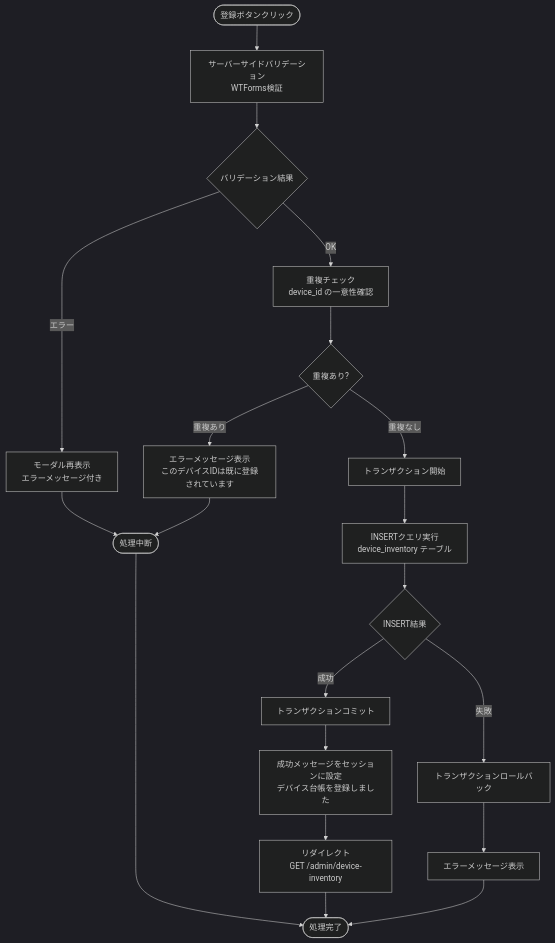
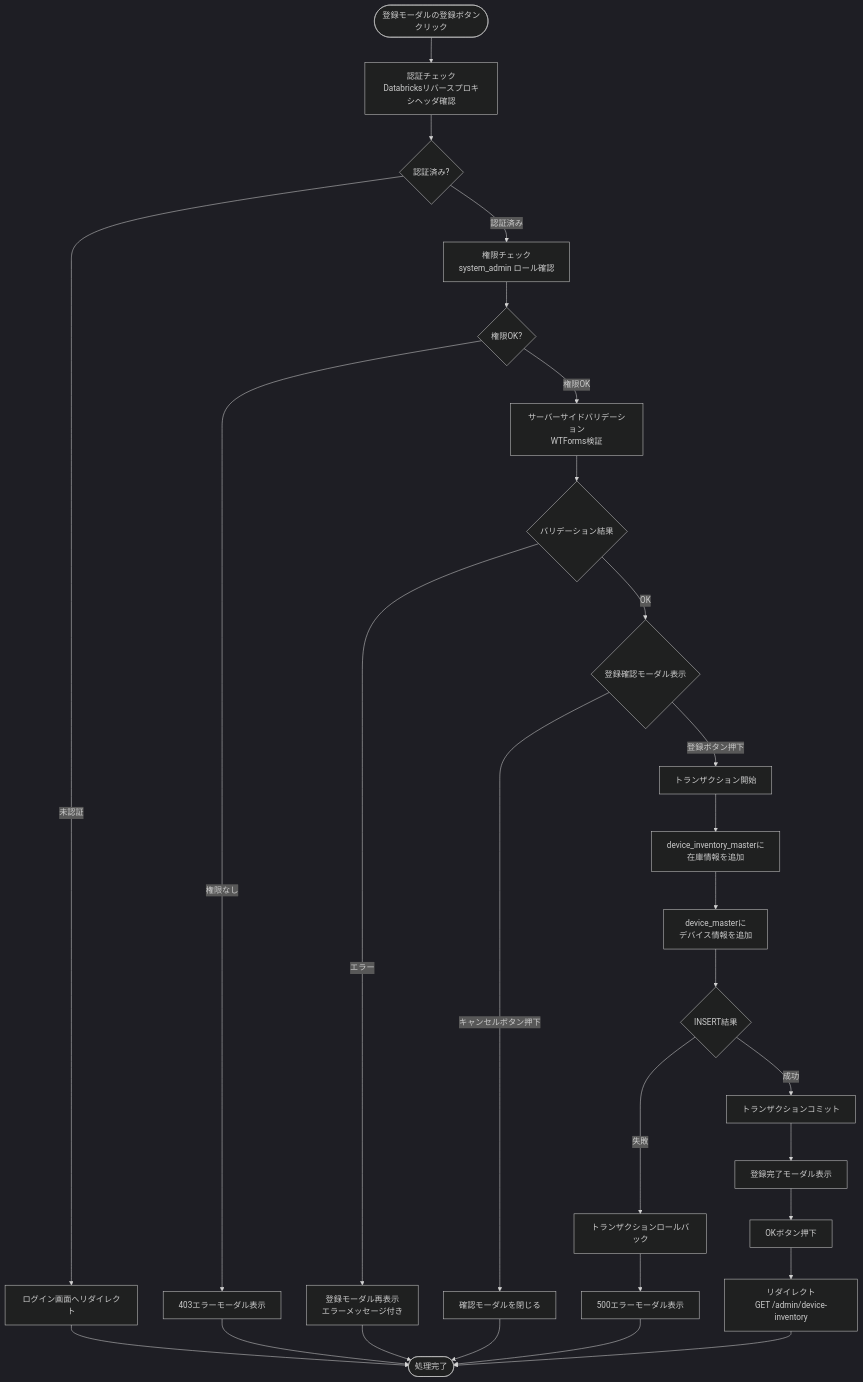
Before and after one commit to NSW-SVCP-AIWG002/Databricks-IoT: the fourth of 9 diagrams in docs/03-features/flask-app/device-inventory/workflow-specification.md, drawn with Mermaid (dark theme). The commit also changed other lines of this file and 89 other files, not shown here.

````diff
--- a/docs/03-features/flask-app/device-inventory/workflow-specification.md
+++ b/docs/03-features/flask-app/device-inventory/workflow-specification.md
@@ -383,29 +617,38 @@
 ```mermaid
 flowchart TD
-    Start([登録ボタンクリック]) --> Validate[サーバーサイドバリデーション<br>WTForms検証]
+    Start([登録モーダルの登録ボタン<br>クリック]) --> Auth[認証チェック<br>Databricksリバースプロキシヘッダ確認]
+    Auth --> CheckAuth{認証済み?}
+    CheckAuth -->|未認証| Error401[ログイン画面へリダイレクト]
+    Error401 --> End([処理完了])
+
+    CheckAuth -->|認証済み| Permission[権限チェック<br>system_admin ロール確認]
+    Permission --> CheckPerm{権限OK?}
+    CheckPerm -->|権限なし| Error403[403エラーモーダル表示]
+    Error403 --> End
+
+    CheckPerm -->|権限OK| Validate[サーバーサイドバリデーション<br>WTForms検証]
     Validate --> ValidCheck{バリデーション結果}
 
-    ValidCheck -->|エラー| ValidError[モーダル再表示<br>エラーメッセージ付き]
-    ValidError --> ValidEnd([処理中断])
+    ValidCheck -->|エラー| ValidError[登録モーダル再表示<br>エラーメッセージ付き]
+    ValidError --> End
 
-    ValidCheck -->|OK| DupCheck[重複チェック<br>device_id の一意性確認]
-    DupCheck --> DupResult{重複あり?}
+    ValidCheck -->|OK| OpenModal{登録確認モーダル表示}
 
-    DupResult -->|重複あり| DupError[エラーメッセージ表示<br>このデバイスIDは既に登録されています]
-    DupError --> ValidEnd
+    OpenModal -->|キャンセルボタン押下| CloseModal[確認モーダルを閉じる]
+    CloseModal --> End
 
-    DupResult -->|重複なし| BeginTx[トランザクション開始]
-    BeginTx --> Insert[INSERTクエリ実行<br>device_inventory テーブル]
-    Insert --> InsertResult{INSERT結果}
+    OpenModal -->|登録ボタン押下| BeginTx[トランザクション開始]
+    BeginTx --> InsertInventory[device_inventory_masterに<br>在庫情報を追加]
+    InsertInventory --> InsertDevice[device_masterに<br>デバイス情報を追加]
+    InsertDevice --> InsertResult{INSERT結果}
+
+    InsertResult -->|失敗| Rollback[トランザクションロールバック]
+    Rollback --> Error500[500エラーモーダル表示]
+    Error500 --> End
 
     InsertResult -->|成功| Commit[トランザクションコミット]
-    Commit --> Flash[成功メッセージをセッションに設定<br>デバイス台帳を登録しました]
-    Flash --> Redirect[リダイレクト<br>GET /admin/device-inventory]
-
-    InsertResult -->|失敗| Rollback[トランザクションロールバック]
-    Rollback --> Error500[エラーメッセージ表示]
-
-    ValidEnd --> End([処理完了])
+    Commit --> ShowComplete[登録完了モーダル表示]
+    ShowComplete --> UserOK[OKボタン押下]
+    UserOK --> Redirect[リダイレクト<br>GET /admin/device-inventory]
     Redirect --> End
-    Error500 --> End
 ```
````
